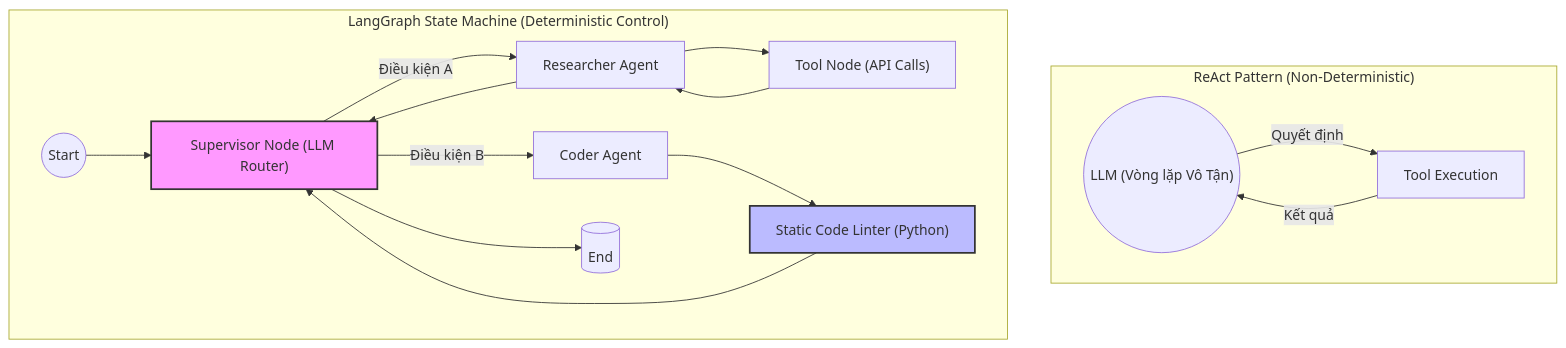
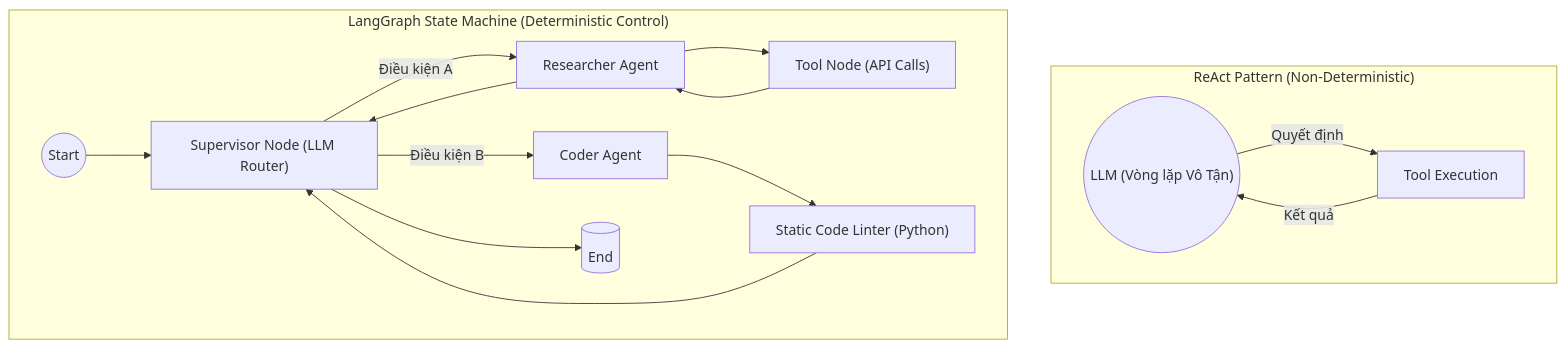
The diagram in src/content/docs/concepts/9-genai-machine-learning/ai-agent.md (kythuatdulieu/kythuatdulieu.github.io), drawn with Mermaid before and after one commit. The commit also changed 686 other files, not shown here.

````diff
--- a/src/content/docs/concepts/9-genai-machine-learning/ai-agent.md
+++ b/src/content/docs/concepts/9-genai-machine-learning/ai-agent.md
@@ -38,26 +38,25 @@
 ```mermaid
 graph TD
     subgraph "ReAct Pattern (Non-Deterministic)"
         LLM_ReAct(("LLM (Vòng lặp Vô Tận)"))
         Tool_ReAct["Tool Execution"]
         LLM_ReAct -- Quyết định --> Tool_ReAct
         Tool_ReAct -- Kết quả --> LLM_ReAct
     end
 
     subgraph "LangGraph State Machine (Deterministic Control)"
         Start((Start)) --> Supervisor["Supervisor Node (LLM Router)"]
         Supervisor -- Điều kiện A --> Worker1["Researcher Agent"]
         Supervisor -- Điều kiện B --> Worker2["Coder Agent"]
         
         Worker1 --> Tools["Tool Node (API Calls)"]
         Tools --> Worker1
         Worker1 --> Supervisor
         
         Worker2 --> Validator["Static Code Linter (Python)"]
         Validator --> Supervisor
         Supervisor --> End[(End)]
     end
-    
-    style Supervisor fill:#f9f,stroke:#333,stroke-width:2px
-    style Validator fill:#bbf,stroke:#333,stroke-width:2px
+
+
 ```
````
